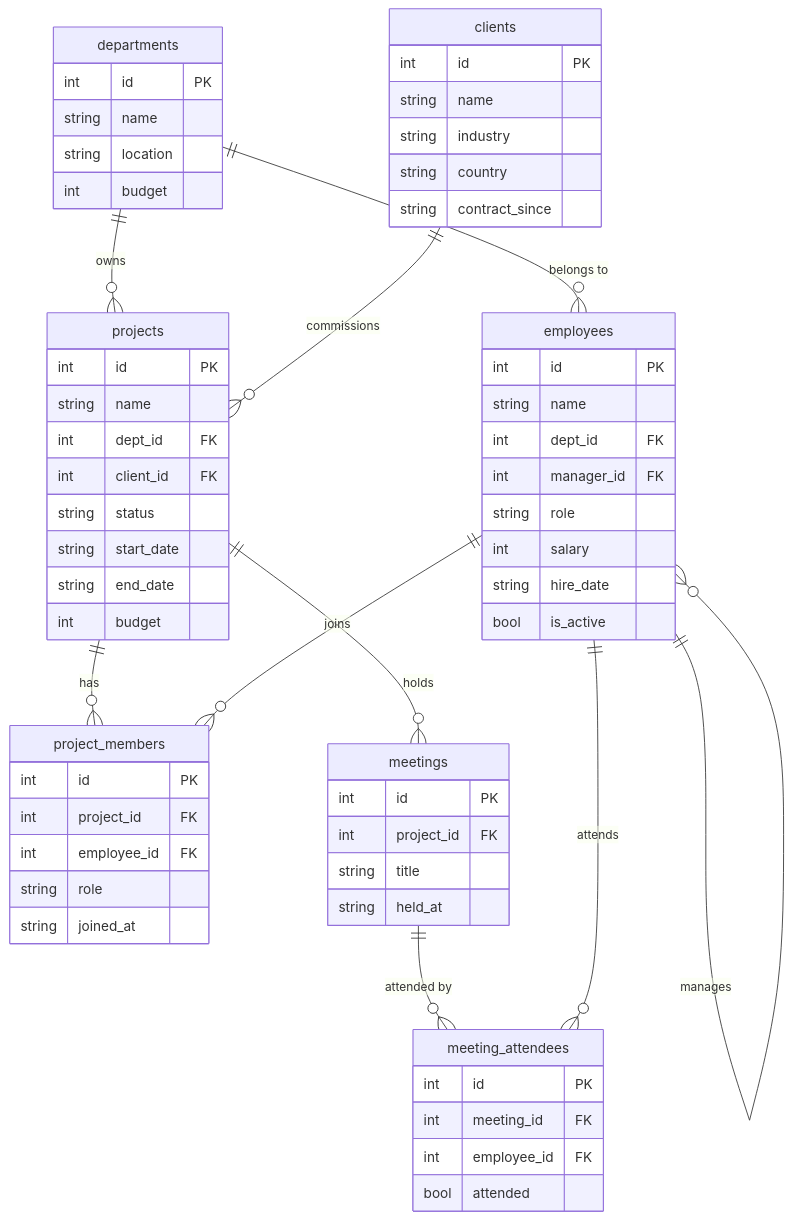
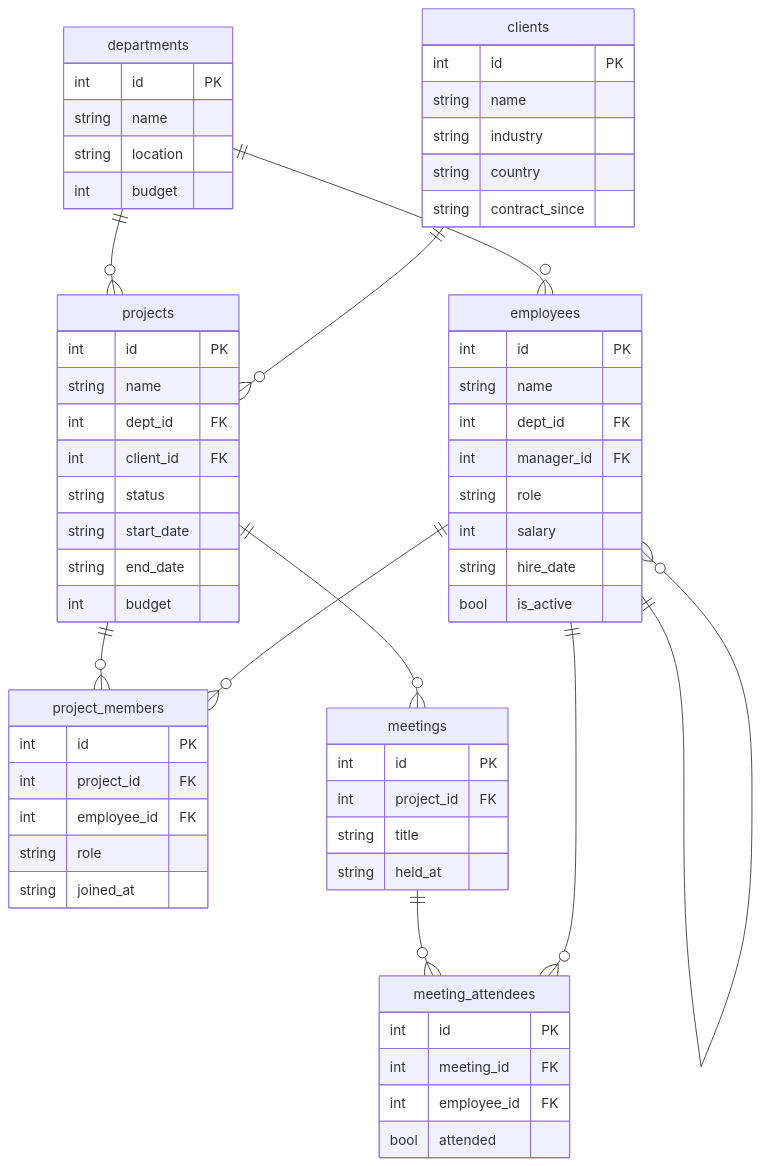
One commit to dota-pilot1/towercrane-for-uiux changed the diagram in towercrane-for-uiux-server/src/sql-practice/seeds/11_join_special.mmd. Above: the diagram before and after it, drawn with Mermaid. The commit also changed 11 other files, not shown here.

Commit message:
style: ERD 관계선 레이블 제거 — 까마귀발 표기법으로 충분

```diff
--- a/towercrane-for-uiux-server/src/sql-practice/seeds/11_join_special.mmd
+++ b/towercrane-for-uiux-server/src/sql-practice/seeds/11_join_special.mmd
@@ -1,63 +1,63 @@
 erDiagram
-    departments ||--o{ employees : "belongs to"
-    employees ||--o{ employees : "manages"
-    departments ||--o{ projects : "owns"
-    clients ||--o{ projects : "commissions"
-    projects ||--o{ project_members : "has"
-    employees ||--o{ project_members : "joins"
-    projects ||--o{ meetings : "holds"
-    meetings ||--o{ meeting_attendees : "attended by"
-    employees ||--o{ meeting_attendees : "attends"
+    departments ||--o{ employees : ""
+    employees ||--o{ employees : ""
+    departments ||--o{ projects : ""
+    clients ||--o{ projects : ""
+    projects ||--o{ project_members : ""
+    employees ||--o{ project_members : ""
+    projects ||--o{ meetings : ""
+    meetings ||--o{ meeting_attendees : ""
+    employees ||--o{ meeting_attendees : ""
 
     departments {
         int id PK
         string name
         string location
         int budget
     }
     employees {
         int id PK
         string name
         int dept_id FK
         int manager_id FK
         string role
         int salary
         string hire_date
         bool is_active
     }
     clients {
         int id PK
         string name
         string industry
         string country
         string contract_since
     }
     projects {
         int id PK
         string name
         int dept_id FK
         int client_id FK
         string status
         string start_date
         string end_date
         int budget
     }
     project_members {
         int id PK
         int project_id FK
         int employee_id FK
         string role
         string joined_at
     }
     meetings {
         int id PK
         int project_id FK
         string title
         string held_at
     }
     meeting_attendees {
         int id PK
         int meeting_id FK
         int employee_id FK
         bool attended
     }
```
